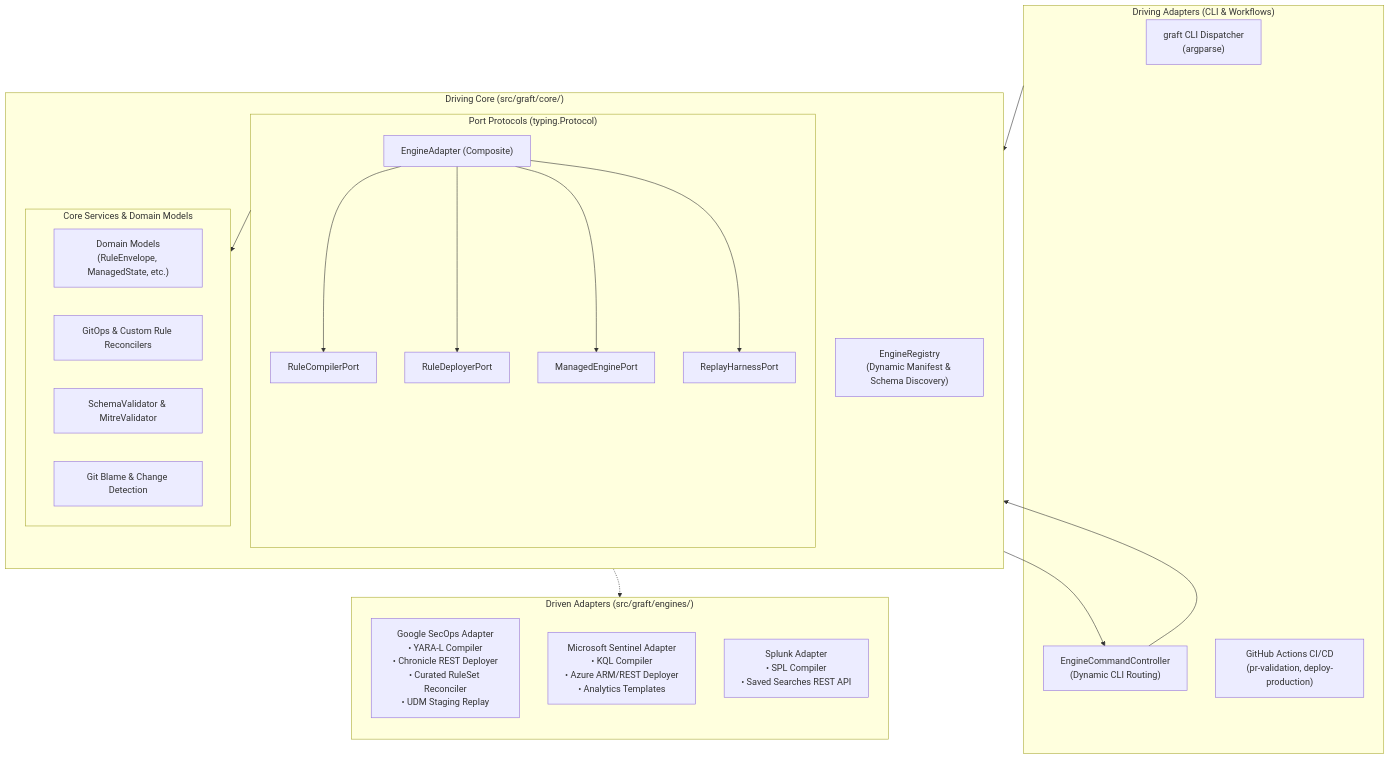
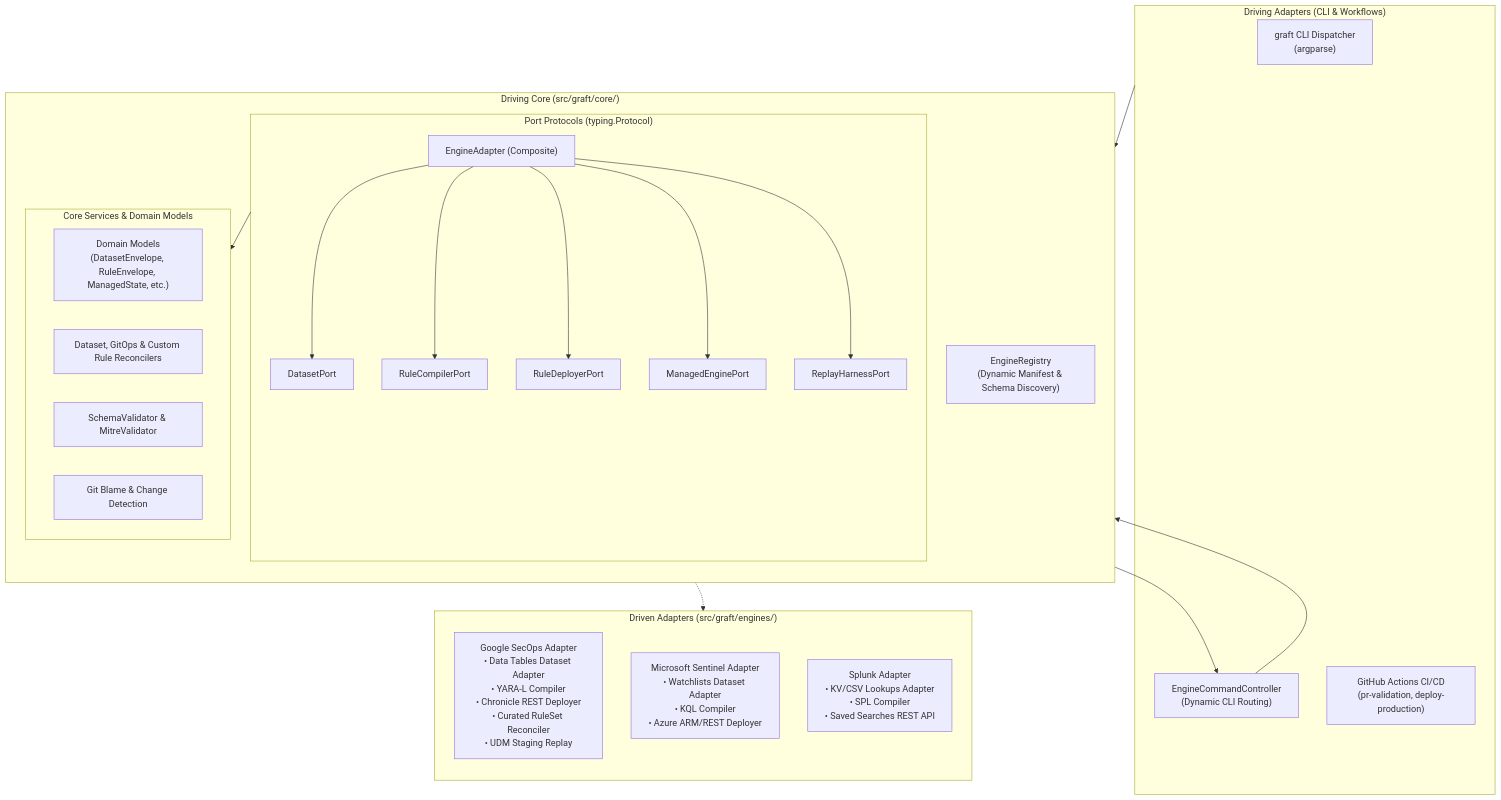
One commit to lopes/graft changed the first of 3 diagrams in docs/developers/framework.md. Above: the diagram before and after it, drawn with Mermaid. The commit also changed other lines of this file and 48 other files, not shown here.

````diff
--- a/docs/developers/framework.md
+++ b/docs/developers/framework.md
@@ -15,45 +15,47 @@
 ```mermaid
 flowchart TD
     subgraph DrivingAdapters["Driving Adapters (CLI & Workflows)"]
         CLI["graft CLI Dispatcher<br/>(argparse)"]
         ENGINE_CTRL["EngineCommandController<br/>(Dynamic CLI Routing)"]
         GHA["GitHub Actions CI/CD<br/>(pr-validation, deploy-production)"]
     end
 
     subgraph DrivingCore["Driving Core (src/graft/core/)"]
         direction TB
         REGISTRY["EngineRegistry<br/>(Dynamic Manifest & Schema Discovery)"]
         
         subgraph Ports["Port Protocols (typing.Protocol)"]
             P_ADAPTER["EngineAdapter (Composite)"]
+            P_DATASET["DatasetPort"]
             P_COMPILER["RuleCompilerPort"]
             P_DEPLOYER["RuleDeployerPort"]
             P_MANAGED["ManagedEnginePort"]
             P_REPLAY["ReplayHarnessPort"]
         end
 
         subgraph CoreServices["Core Services & Domain Models"]
-            MODELS["Domain Models<br/>(RuleEnvelope, ManagedState, etc.)"]
-            RECONCILER["GitOps & Custom Rule Reconcilers"]
-            VALIDATORS["SchemaValidator & MitreValidator"]
-            VCS["Git Blame & Change Detection"]
+            MODELS["Domain Models<br/>(DatasetEnvelope, RuleEnvelope, ManagedState, etc.)"]
+            RECONCILER["Dataset, GitOps &amp; Custom Rule Reconcilers"]
+            VALIDATORS["SchemaValidator &amp; MitreValidator"]
+            VCS["Git Blame &amp; Change Detection"]
         end
     end
 
     subgraph DrivenAdapters["Driven Adapters (src/graft/engines/)"]
         direction TB
-        SECOPS["Google SecOps Adapter<br/>• YARA-L Compiler<br/>• Chronicle REST Deployer<br/>• Curated RuleSet Reconciler<br/>• UDM Staging Replay"]
-        SENTINEL["Microsoft Sentinel Adapter<br/>• KQL Compiler<br/>• Azure ARM/REST Deployer<br/>• Analytics Templates"]
-        SPLUNK["Splunk Adapter<br/>• SPL Compiler<br/>• Saved Searches REST API"]
+        SECOPS["Google SecOps Adapter<br/>• Data Tables Dataset Adapter<br/>• YARA-L Compiler<br/>• Chronicle REST Deployer<br/>• Curated RuleSet Reconciler<br/>• UDM Staging Replay"]
+        SENTINEL["Microsoft Sentinel Adapter<br/>• Watchlists Dataset Adapter<br/>• KQL Compiler<br/>• Azure ARM/REST Deployer"]
+        SPLUNK["Splunk Adapter<br/>• KV/CSV Lookups Adapter<br/>• SPL Compiler<br/>• Saved Searches REST API"]
     end
 
     DrivingAdapters --> REGISTRY
     REGISTRY --> ENGINE_CTRL
     ENGINE_CTRL --> P_ADAPTER
+    P_ADAPTER --> P_DATASET
     P_ADAPTER --> P_COMPILER
     P_ADAPTER --> P_DEPLOYER
     P_ADAPTER --> P_MANAGED
     P_ADAPTER --> P_REPLAY
     Ports --> CoreServices
     Ports -.-> DrivenAdapters
 ```
````
